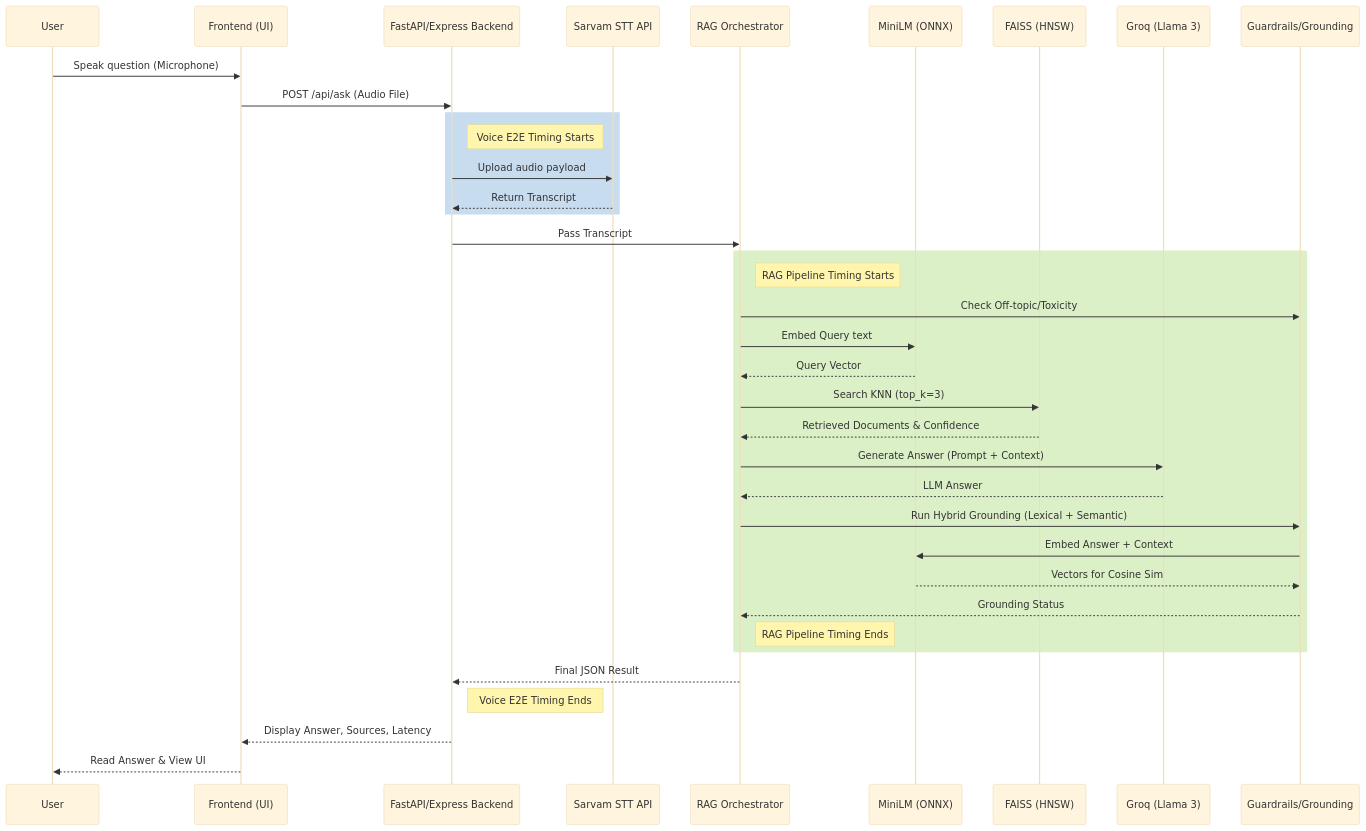
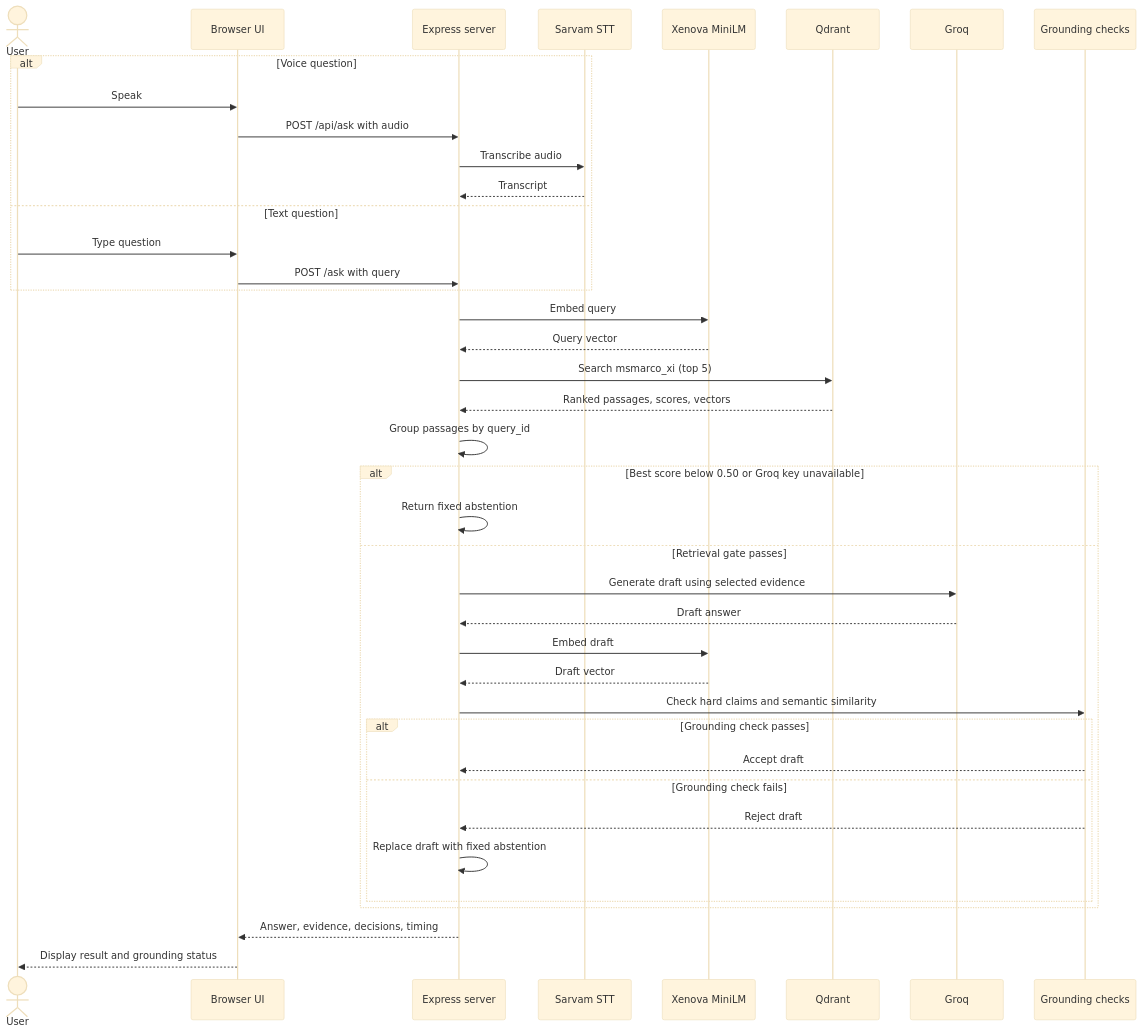
Before and after one commit to tanshu2806/Task2: the diagram in docs/ARCHITECTURE.md, drawn with Mermaid (base theme). The commit also changed other lines of this file, not shown here.

Commit message:
docs: align architecture with current request path

````diff
--- a/docs/ARCHITECTURE.md
+++ b/docs/ARCHITECTURE.md
@@ -7,49 +7,46 @@
 ```mermaid
 sequenceDiagram
-    participant U as User
-    participant F as Frontend (UI)
-    participant B as FastAPI/Express Backend
-    participant S as Sarvam STT API
-    participant O as RAG Orchestrator
-    participant M as MiniLM (ONNX)
-    participant V as FAISS (HNSW)
-    participant G as Groq (Llama 3)
-    participant C as Guardrails/Grounding
+    actor U as User
+    participant F as Browser UI
+    participant B as Express server
+    participant S as Sarvam STT
+    participant E as Xenova MiniLM
+    participant Q as Qdrant
+    participant G as Groq
+    participant C as Grounding checks
 
-    U->>F: Speak question (Microphone)
-    F->>B: POST /api/ask (Audio File)
-    
-    rect rgb(200, 220, 240)
-        note right of B: Voice E2E Timing Starts
-        B->>S: Upload audio payload
-        S-->>B: Return Transcript
+    alt Voice question
+        U->>F: Speak
+        F->>B: POST /api/ask with audio
+        B->>S: Transcribe audio
+        S-->>B: Transcript
+    else Text question
+        U->>F: Type question
+        F->>B: POST /ask with query
     end
 
-    B->>O: Pass Transcript
-    
-    rect rgb(220, 240, 200)
-        note right of O: RAG Pipeline Timing Starts
-        O->>C: Check Off-topic/Toxicity
-        
-        O->>M: Embed Query text
-        M-->>O: Query Vector
-        
-        O->>V: Search KNN (top_k=3)
-        V-->>O: Retrieved Documents & Confidence
-        
-        O->>G: Generate Answer (Prompt + Context)
-        G-->>O: LLM Answer
-        
-        O->>C: Run Hybrid Grounding (Lexical + Semantic)
-        C->>M: Embed Answer + Context
-        M-->>C: Vectors for Cosine Sim
-        C-->>O: Grounding Status
-        note right of O: RAG Pipeline Timing Ends
+    B->>E: Embed query
+    E-->>B: Query vector
+    B->>Q: Search msmarco_xi (top 5)
+    Q-->>B: Ranked passages, scores, vectors
+    B->>B: Group passages by query_id
+
+    alt Best score below 0.50 or Groq key unavailable
+        B->>B: Return fixed abstention
+    else Retrieval gate passes
+        B->>G: Generate draft using selected evidence
+        G-->>B: Draft answer
+        B->>E: Embed draft
+        E-->>B: Draft vector
+        B->>C: Check hard claims and semantic similarity
+        alt Grounding check passes
+            C-->>B: Accept draft
+        else Grounding check fails
+            C-->>B: Reject draft
+            B->>B: Replace draft with fixed abstention
+        end
     end
-    
-    O-->>B: Final JSON Result
-    note right of B: Voice E2E Timing Ends
-    
-    B-->>F: Display Answer, Sources, Latency
-    F-->>U: Read Answer & View UI
+
+    B-->>F: Answer, evidence, decisions, timing
+    F-->>U: Display result and grounding status
 ```
````
